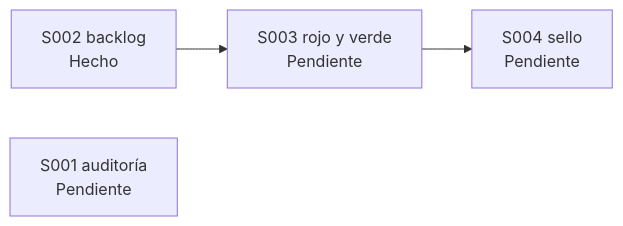
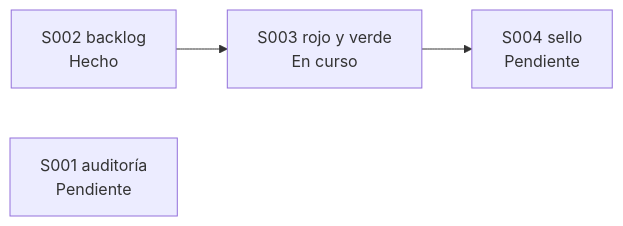
The third of 3 diagrams in docs/E001/F002/README.md (jliberal-aquas/aquas-central-harness-government), drawn with Mermaid before and after one commit. The commit also changed other lines of this file and 21 other files, not shown here.

First line of the commit message:
Rojo y verde por prueba nombrada; un solo slice en curso (E001/F002/S003)

````diff
--- a/docs/E001/F002/README.md
+++ b/docs/E001/F002/README.md
@@ -109,6 +109,6 @@
 ```mermaid
 flowchart LR
-    S2["S002 backlog<br/>Hecho"] --> S3["S003 rojo y verde<br/>Pendiente"]
+    S2["S002 backlog<br/>Hecho"] --> S3["S003 rojo y verde<br/>En curso"]
     S3 --> S4["S004 sello<br/>Pendiente"]
     S1["S001 auditoría<br/>Pendiente"]
 ```
````
